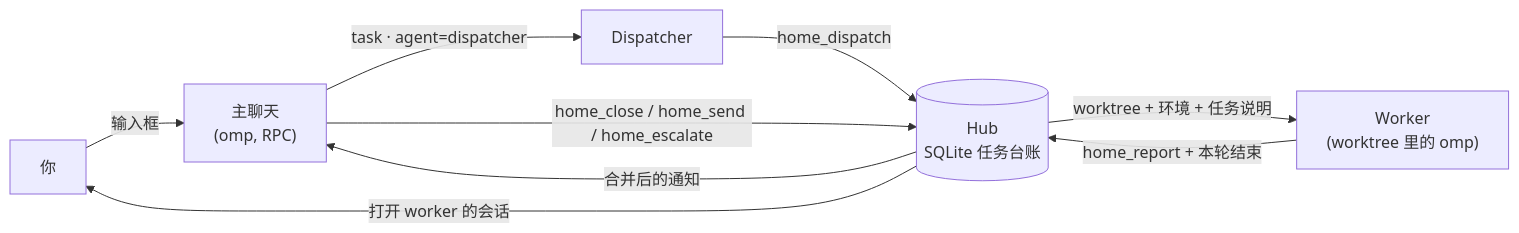
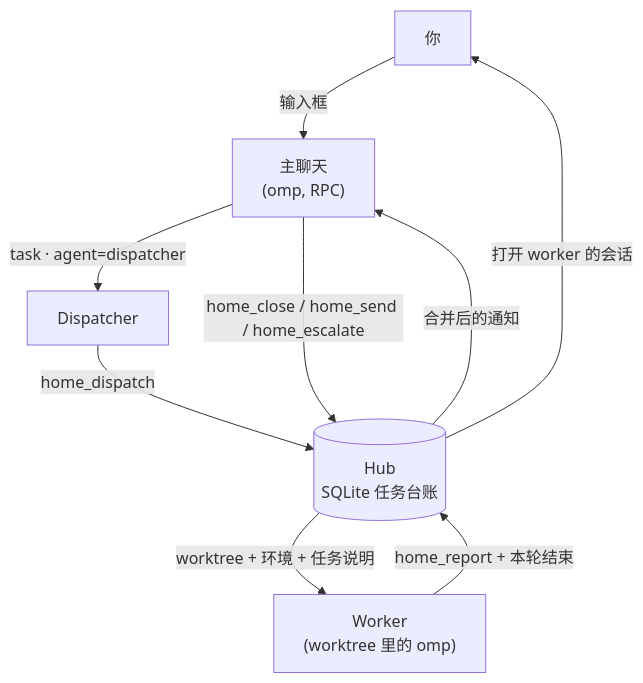
The diagram in README.zh.md (xianxianxianyu/omp-home), drawn with Mermaid before and after one commit. The commit also changed other lines of this file and 1 other file, not shown here.

Commit message:
README: table headers, vertical architecture diagram

````diff
--- a/README.zh.md
+++ b/README.zh.md
@@ -79,11 +79,11 @@
 ```mermaid
-flowchart LR
+flowchart TB
   You["你"] -->|输入框| Main["主聊天<br/>(omp, RPC)"]
   Main -- "task · agent=dispatcher" --> Dispatcher
   Dispatcher -- home_dispatch --> Hub[("Hub<br/>SQLite 任务台账")]
   Hub -- "worktree + 环境 + 任务说明" --> Worker["Worker<br/>(worktree 里的 omp)"]
   Worker -- "home_report + 本轮结束" --> Hub
   Hub -- "合并后的通知" --> Main
   Main -- "home_close / home_send / home_escalate" --> Hub
   Hub -- "打开 worker 的会话" --> You
 ```
````
